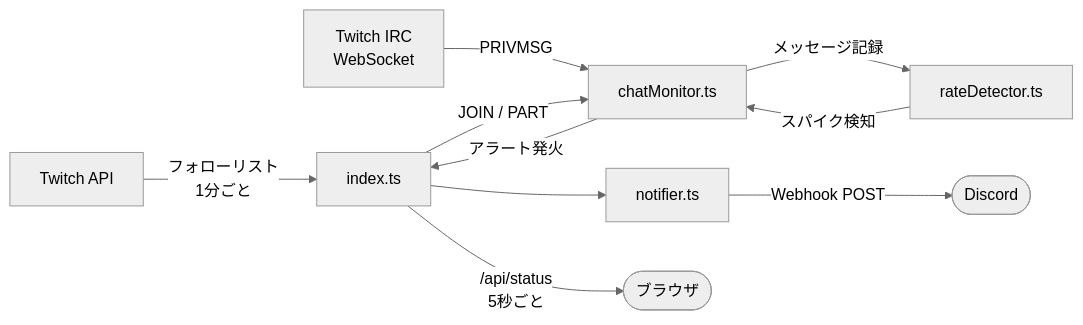
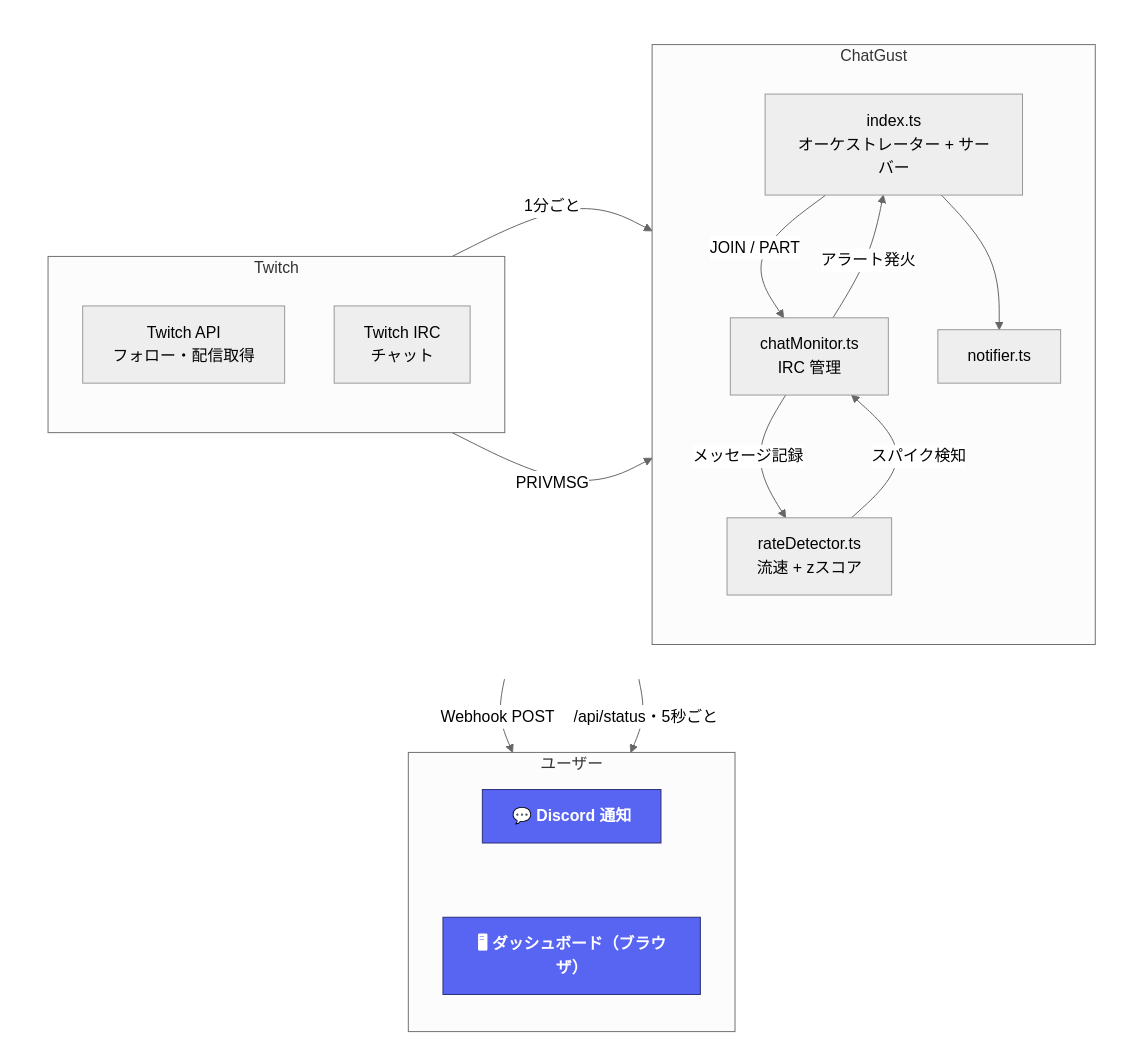
Before and after one commit to endomasayaendo/chatgust: the diagram in README.md, drawn with Mermaid (neutral theme). The commit also changed other lines of this file, not shown here.

````diff
--- a/README.md
+++ b/README.md
@@ -19,12 +45,43 @@
 ```mermaid
-flowchart LR
-  TwitchAPI[Twitch API] -->|フォローリスト\n1分ごと| idx[index.ts]
-  IRC[Twitch IRC\nWebSocket] -->|PRIVMSG| mon[chatMonitor.ts]
-  idx -->|JOIN / PART| mon
-  mon -->|メッセージ記録| det[rateDetector.ts]
-  det -->|スパイク検知| mon
-  mon -->|アラート発火| idx
-  idx --> not[notifier.ts]
-  not -->|Webhook POST| Discord([Discord])
-  idx -->|/api/status\n5秒ごと| ui([ブラウザ])
+flowchart TB
+  %% 上段: Twitch → ChatGust（横並び）を1つのグループにネスト
+  subgraph pipeline[" "]
+    direction LR
+    subgraph Twitch
+      direction TB
+      API["Twitch API<br/>フォロー・配信取得"]
+      IRC["Twitch IRC<br/>チャット"]
+    end
+    subgraph ChatGust
+      direction TB
+      idx["index.ts<br/>オーケストレーター + サーバー"]
+      mon["chatMonitor.ts<br/>IRC 管理"]
+      det["rateDetector.ts<br/>流速 + zスコア"]
+      not["notifier.ts"]
+      idx -->|JOIN / PART| mon
+      mon -->|メッセージ記録| det
+      det -->|スパイク検知| mon
+      mon -->|アラート発火| idx
+      idx --> not
+    end
+    API -->|1分ごと| idx
+    IRC -->|PRIVMSG| mon
+  end
+
+  %% 下段: ユーザー（ChatGust の下）
+  subgraph User["ユーザー"]
+    direction TB
+    Discord["💬 Discord 通知"]
+    Browser["🖥 ダッシュボード（ブラウザ）"]
+    Discord ~~~ Browser
+  end
+
+  not -->|Webhook POST| Discord
+  idx -->|/api/status・5秒ごと| Browser
+
+  classDef iface fill:#5865F2,stroke:#2b2f77,color:#fff,font-weight:bold;
+  class Discord,Browser iface;
+
+  %% 上段グループの外枠を透明化（見た目はネストなし）
+  style pipeline fill:none,stroke:none;
 ```
````
